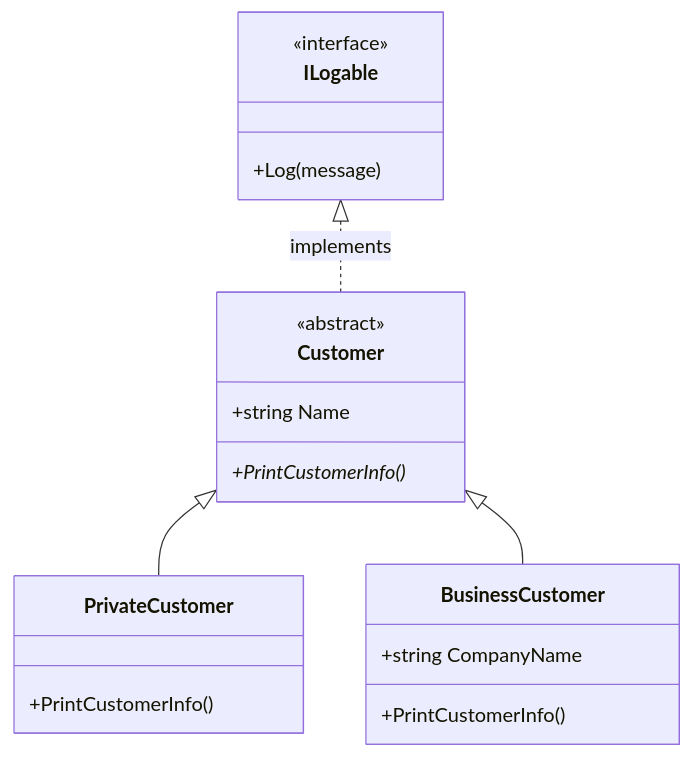
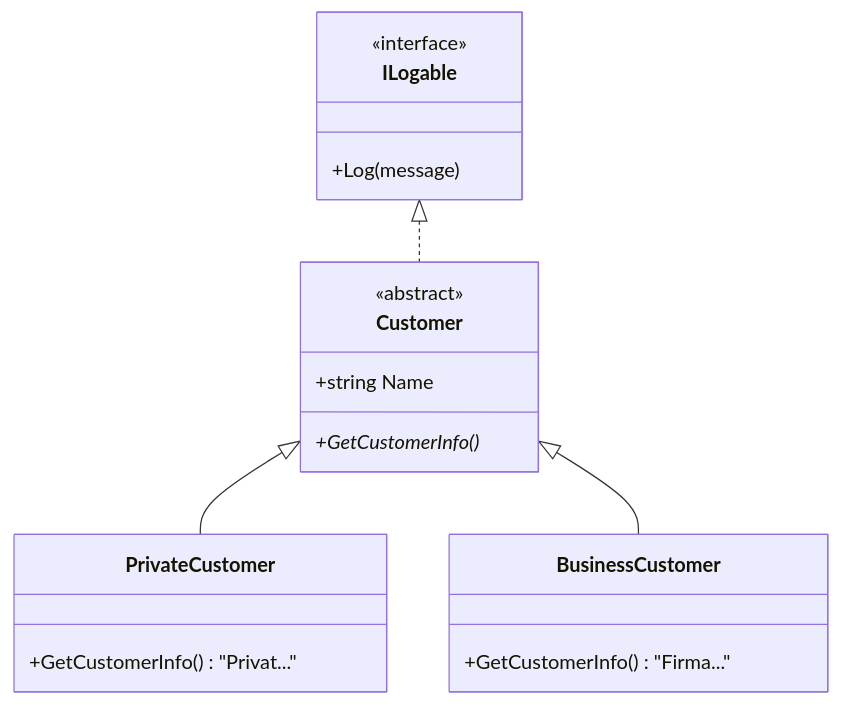
The diagram in 14_AbstractClasses/README.md (T-Boyke/C-Sharp-OOP-Fundamentals), drawn with Mermaid before and after one commit. The commit also changed other lines of this file and 14 other files, not shown here.

Commit message:
feat: Add initial setup for C# abstract classes example with `AbstractApp` and `AbstractApp.Tests` projects, including `ILogable` interface and `Customer` classes.

````diff
--- a/14_AbstractClasses/README.md
+++ b/14_AbstractClasses/README.md
@@ -40,26 +24,25 @@
 ```mermaid
 classDiagram
     class ILogable {
         <<interface>>
         +Log(message)
     }
 
     class Customer {
         <<abstract>>
         +string Name
-        +PrintCustomerInfo()*
+        +GetCustomerInfo()*
     }
 
     class PrivateCustomer {
-        +PrintCustomerInfo()
+        +GetCustomerInfo() "Privat..."
     }
 
     class BusinessCustomer {
-        +string CompanyName
-        +PrintCustomerInfo()
+        +GetCustomerInfo() "Firma..."
     }
 
     Customer <|-- PrivateCustomer
     Customer <|-- BusinessCustomer
-    ILogable <|.. Customer : implements
+    ILogable <|.. Customer
 ```
````
